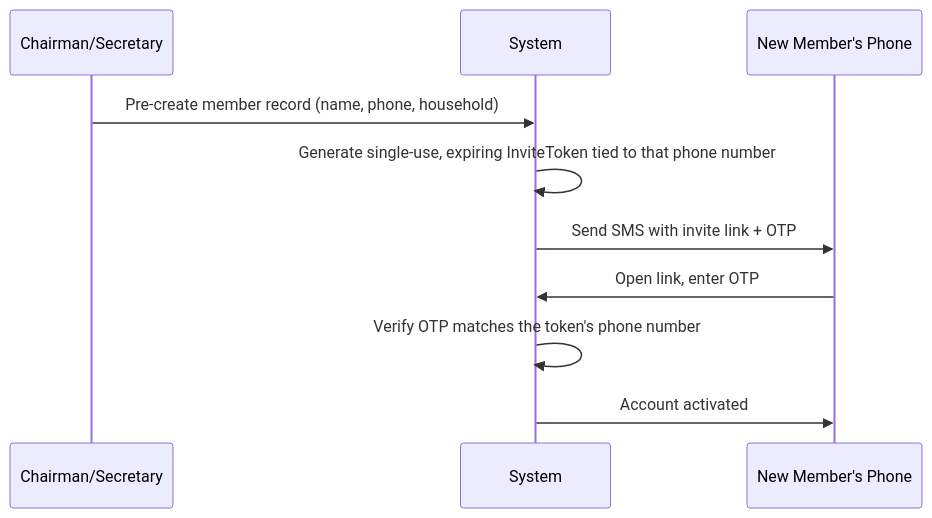
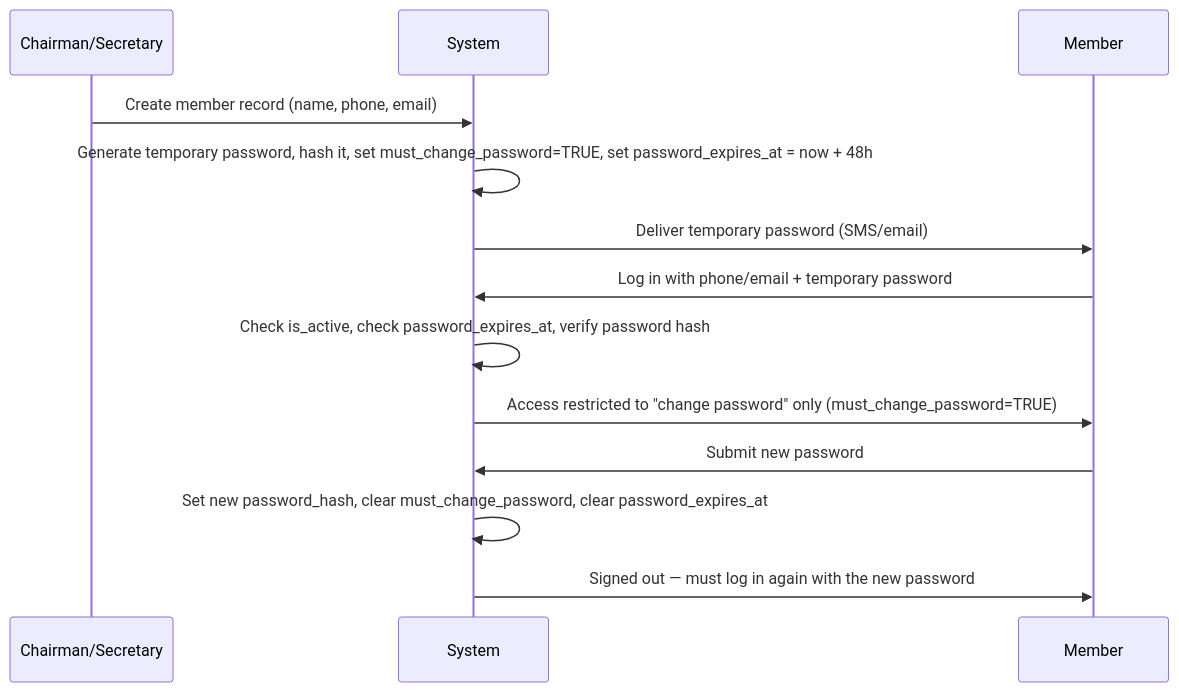
One commit to Vinnie-8/family-contribution-system changed the diagram in docs/security-and-privacy.md. Above: the diagram before and after it, drawn with Mermaid. The commit also changed other lines of this file and 2 other files, not shown here.

Commit message:
Update docs: bulk onboarding, temp-password auth flow, send_sms stub

````diff
--- a/docs/security-and-privacy.md
+++ b/docs/security-and-privacy.md
@@ -9,13 +11,16 @@
 ```mermaid
 sequenceDiagram
     participant C as Chairman/Secretary
     participant S as System
-    participant M as New Member's Phone
+    participant M as Member
 
-    C->>S: Pre-create member record (name, phone, household)
-    S->>S: Generate single-use, expiring InviteToken tied to that phone number
-    S->>M: Send SMS with invite link + OTP
-    M->>S: Open link, enter OTP
-    S->>S: Verify OTP matches the token's phone number
-    S->>M: Account activated
+    C->>S: Create member record (name, phone, email)
+    S->>S: Generate temporary password, hash it, set must_change_password=TRUE, set password_expires_at = now + 48h
+    S->>M: Deliver temporary password (SMS/email)
+    M->>S: Log in with phone/email + temporary password
+    S->>S: Check is_active, check password_expires_at, verify password hash
+    S->>M: Access restricted to "change password" only (must_change_password=TRUE)
+    M->>S: Submit new password
+    S->>S: Set new password_hash, clear must_change_password, clear password_expires_at
+    S->>M: Signed out — must log in again with the new password
 ```
````
